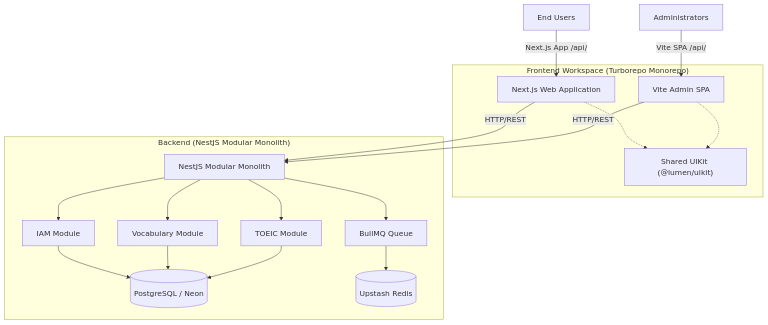
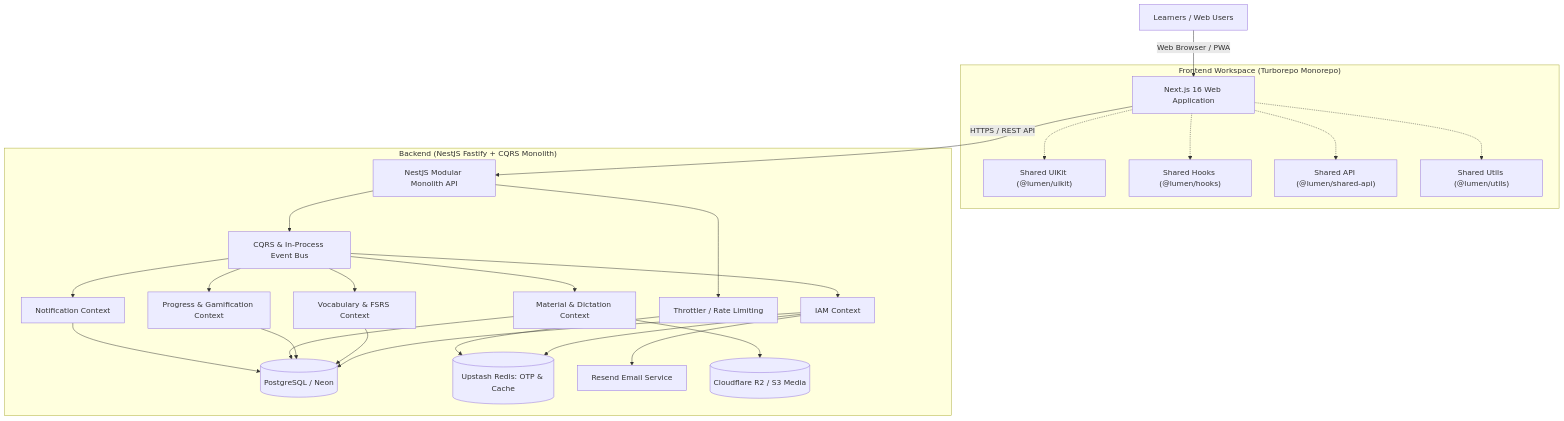
One commit to Youth-Garden/lumen changed the diagram in README.md. Above: the diagram before and after it, drawn with Mermaid. The commit also changed other lines of this file, not shown here.

Commit message:
docs(core): update root README architecture and remove legacy references

````diff
--- a/README.md
+++ b/README.md
@@ -34,26 +32,35 @@
 ```mermaid
 graph TD
-    Client[End Users] -->|Next.js App /api/| Web[Next.js Web Application]
-    AdminUser[Administrators] -->|Vite SPA /api/| AdminSPA[Vite Admin SPA]
+    Client[Learners / Web Users] -->|Web Browser / PWA| Web[Next.js 16 Web Application]
 
     subgraph "Frontend Workspace (Turborepo Monorepo)"
         Web
-        AdminSPA
-        Web -.-> Shared["Shared UIKit (@lumen/uikit)"]
-        AdminSPA -.-> Shared
+        Web -.-> SharedUIKit["Shared UIKit (@lumen/uikit)"]
+        Web -.-> SharedHooks["Shared Hooks (@lumen/hooks)"]
+        Web -.-> SharedAPI["Shared API (@lumen/shared-api)"]
+        Web -.-> SharedUtils["Shared Utils (@lumen/utils)"]
     end
 
-    Web -->|HTTP/REST| Backend[NestJS Modular Monolith]
-    AdminSPA -->|HTTP/REST| Backend
+    Web -->|HTTPS / REST API| Backend[NestJS Modular Monolith API]
 
-    subgraph "Backend (NestJS Modular Monolith)"
-        Backend --> IAM[IAM Module]
-        Backend --> Vocab[Vocabulary Module]
-        Backend --> Test[TOEIC Module]
-        Backend --> Queue[BullMQ Queue]
+    subgraph "Backend (NestJS Fastify + CQRS Monolith)"
+        Backend --> CQRS[CQRS & In-Process Event Bus]
+        CQRS --> IAM[IAM Context]
+        CQRS --> Vocab[Vocabulary & FSRS Context]
+        CQRS --> Progress[Progress & Gamification Context]
+        CQRS --> Material[Material & Dictation Context]
+        CQRS --> Notif[Notification Context]
+
         IAM --> DB[(PostgreSQL / Neon)]
         Vocab --> DB
-        Test --> DB
-        Queue --> Redis[(Upstash Redis)]
+        Progress --> DB
+        Material --> DB
+        Notif --> DB
+
+        IAM --> Redis[(Upstash Redis: OTP & Cache)]
+        Backend --> Throttler[Throttler / Rate Limiting]
+        Throttler --> Redis
+        IAM --> Resend[Resend Email Service]
+        Material --> Storage[(Cloudflare R2 / S3 Media)]
     end
 ```
````
